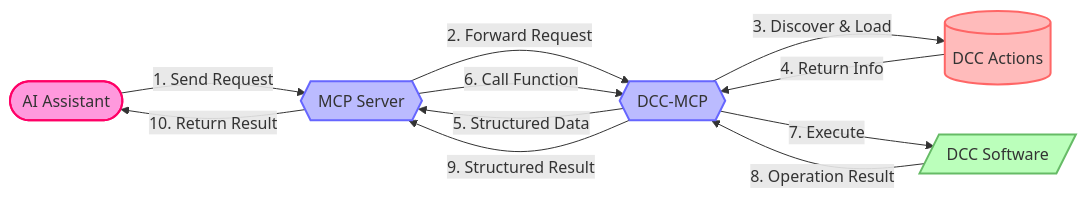
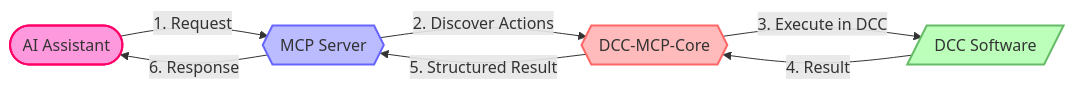
One commit to loonghao/dcc-mcp-core changed the diagram in docs/guide/what-is-dcc-mcp-core.md. Above: the diagram before and after it, drawn with Mermaid. The commit also changed other lines of this file and 19 other files, not shown here.

````diff
--- a/docs/guide/what-is-dcc-mcp-core.md
+++ b/docs/guide/what-is-dcc-mcp-core.md
@@ -7,24 +9,19 @@
 ```mermaid
 flowchart LR
     AI([AI Assistant]):::aiNode
     MCP{{MCP Server}}:::serverNode
-    DCCMCP{{DCC-MCP}}:::serverNode
-    Actions[(DCC Actions)]:::actionsNode
+    Core{{DCC-MCP-Core}}:::coreNode
     DCC[/DCC Software/]:::dccNode
 
-    AI -->|1. Send Request| MCP
-    MCP -->|2. Forward Request| DCCMCP
-    DCCMCP -->|3. Discover & Load| Actions
-    Actions -->|4. Return Info| DCCMCP
-    DCCMCP -->|5. Structured Data| MCP
-    MCP -->|6. Call Function| DCCMCP
-    DCCMCP -->|7. Execute| DCC
-    DCC -->|8. Operation Result| DCCMCP
-    DCCMCP -->|9. Structured Result| MCP
-    MCP -->|10. Return Result| AI
+    AI -->|1. Request| MCP
+    MCP -->|2. Discover Actions| Core
+    Core -->|3. Execute in DCC| DCC
+    DCC -->|4. Result| Core
+    Core -->|5. Structured Result| MCP
+    MCP -->|6. Response| AI
 
     classDef aiNode fill:#f9d,stroke:#f06,stroke-width:2px,color:#333
     classDef serverNode fill:#bbf,stroke:#66f,stroke-width:2px,color:#333
+    classDef coreNode fill:#fbb,stroke:#f66,stroke-width:2px,color:#333
     classDef dccNode fill:#bfb,stroke:#6b6,stroke-width:2px,color:#333
-    classDef actionsNode fill:#fbb,stroke:#f66,stroke-width:2px,color:#333
 ```
````
